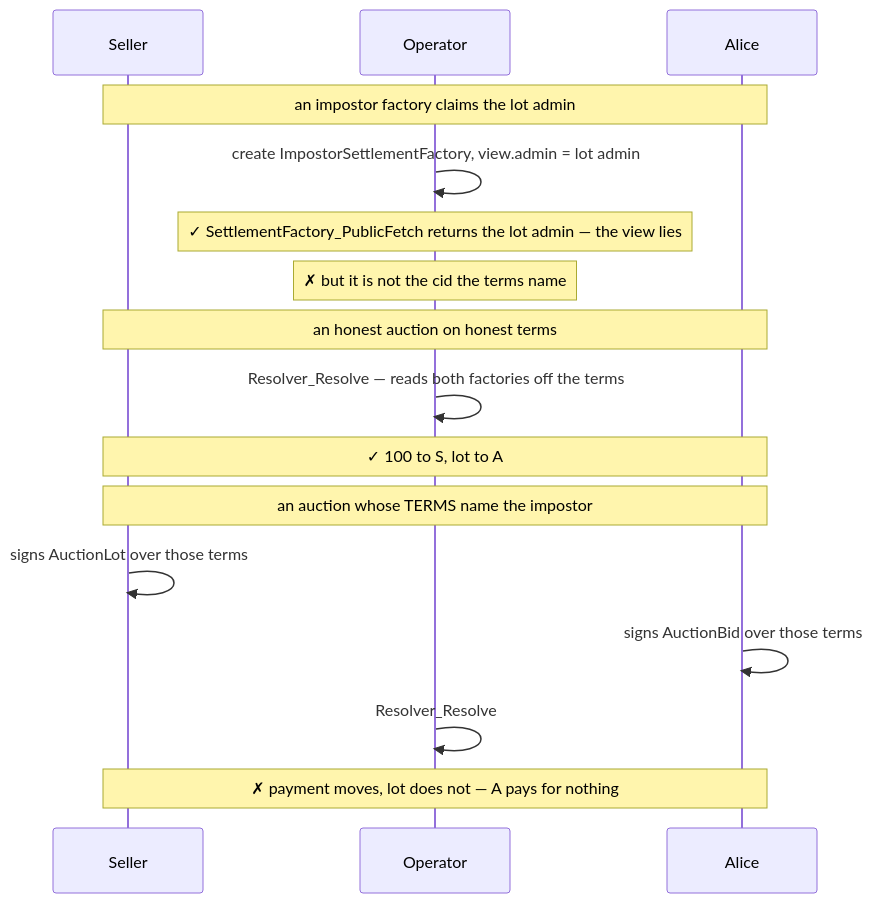
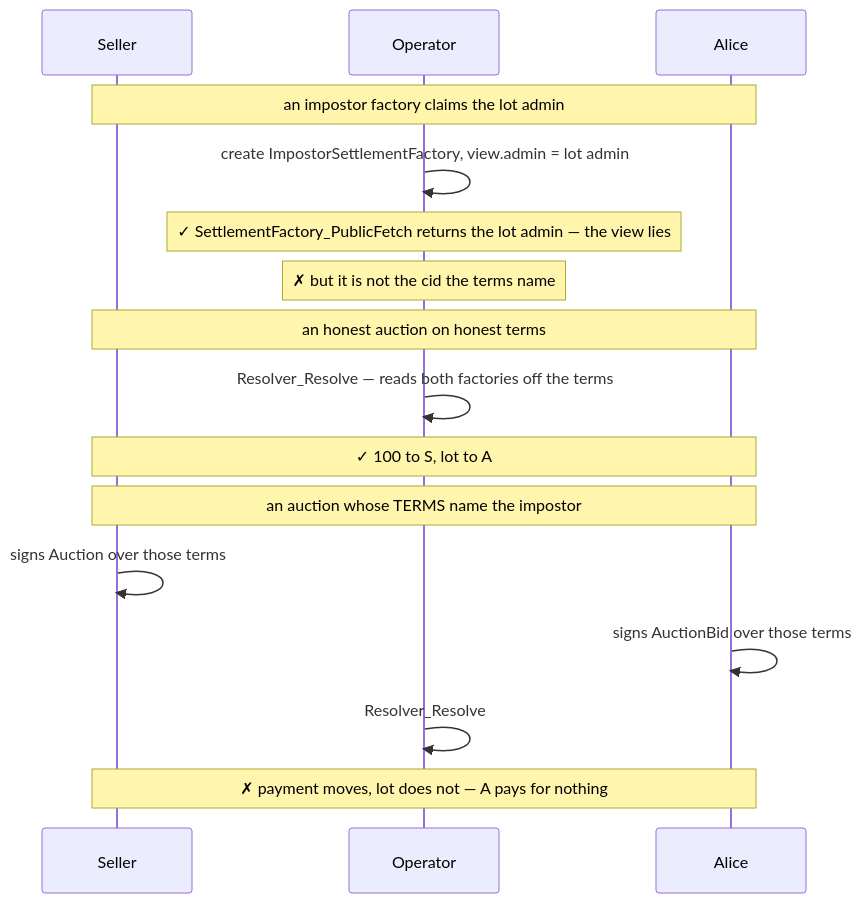
One commit to unlockitio/concordia changed the third of 4 diagrams in examples/auctions/sealed-bid-first-price/DEMOS.md. Above: the diagram before and after it, drawn with Mermaid. The commit also changed other lines of this file and 21 other files, not shown here.

````diff
--- a/examples/auctions/sealed-bid-first-price/DEMOS.md
+++ b/examples/auctions/sealed-bid-first-price/DEMOS.md
@@ -158,21 +158,21 @@
 ```mermaid
 sequenceDiagram
     participant S as Seller
     participant O as Operator
     participant A as Alice
 
     Note over S,A: an impostor factory claims the lot admin
     O->>O: create ImpostorSettlementFactory, view.admin = lot admin
     Note over O: ✓ SettlementFactory_PublicFetch returns the lot admin — the view lies
     Note over O: ✗ but it is not the cid the terms name
 
     Note over S,A: an honest auction on honest terms
     O->>O: Resolver_Resolve — reads both factories off the terms
     Note over S,A: ✓ 100 to S, lot to A
 
     Note over S,A: an auction whose TERMS name the impostor
-    S->>S: signs AuctionLot over those terms
+    S->>S: signs Auction over those terms
     A->>A: signs AuctionBid over those terms
     O->>O: Resolver_Resolve
     Note over S,A: ✗ payment moves, lot does not — A pays for nothing
 ```
````
